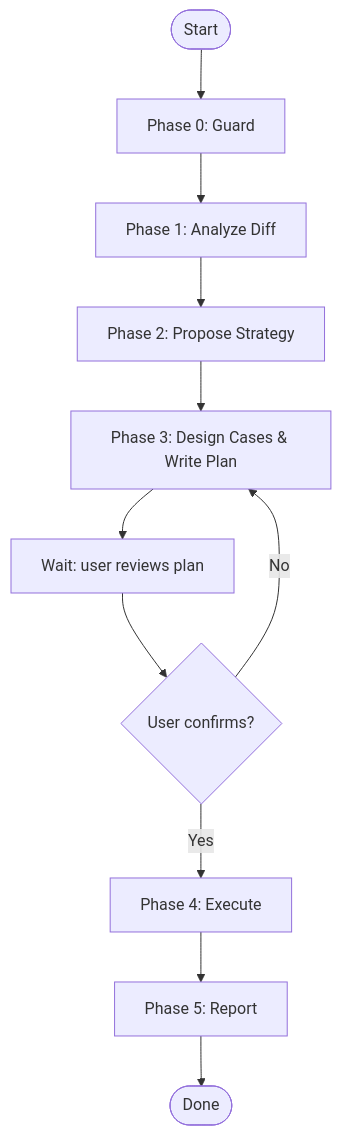
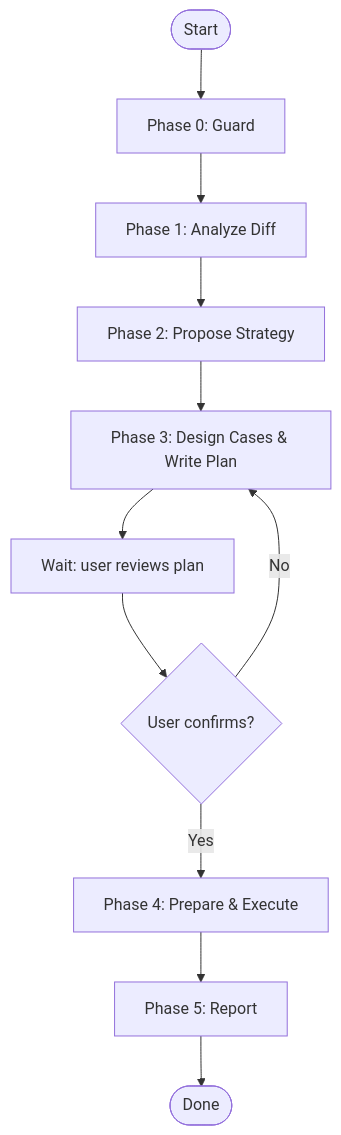
The diagram in skills/magicdoor-skills/magicdoor-test-from-diff/SKILL.md (35iter-cn/agents-config), drawn with Mermaid before and after one commit. The commit also changed other lines of this file and 2 other files, not shown here.

````diff
--- a/skills/magicdoor-skills/magicdoor-test-from-diff/SKILL.md
+++ b/skills/magicdoor-skills/magicdoor-test-from-diff/SKILL.md
@@ -24,13 +27,13 @@
 ```mermaid
 flowchart TD
     A([Start]) --> B[Phase 0: Guard]
     B --> C[Phase 1: Analyze Diff]
     C --> D[Phase 2: Propose Strategy]
     D --> E[Phase 3: Design Cases & Write Plan]
     E --> F[Wait: user reviews plan]
     F --> G{User confirms?}
     G -->|No| E
-    G -->|Yes| H[Phase 4: Execute]
+    G -->|Yes| H[Phase 4: Prepare & Execute]
     H --> I[Phase 5: Report]
     I --> J([Done])
 ```
````
